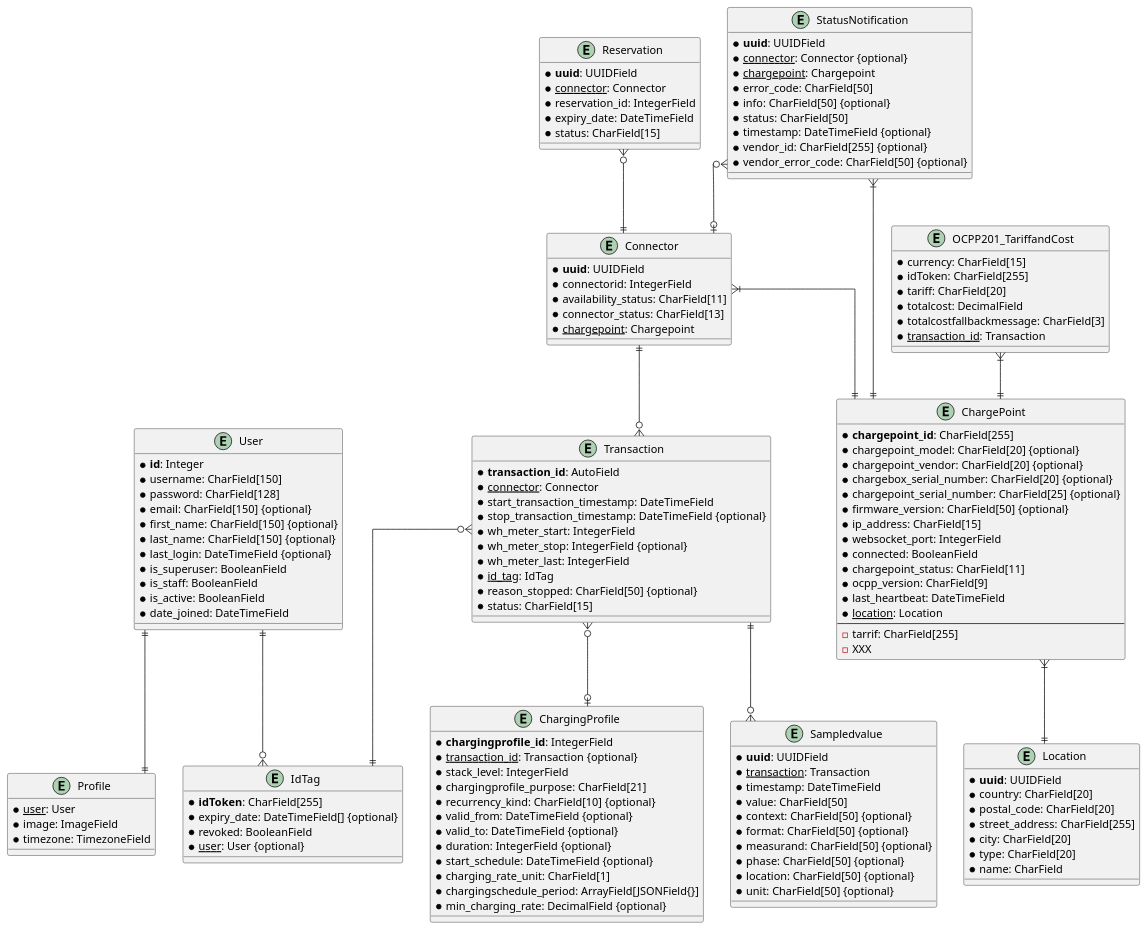
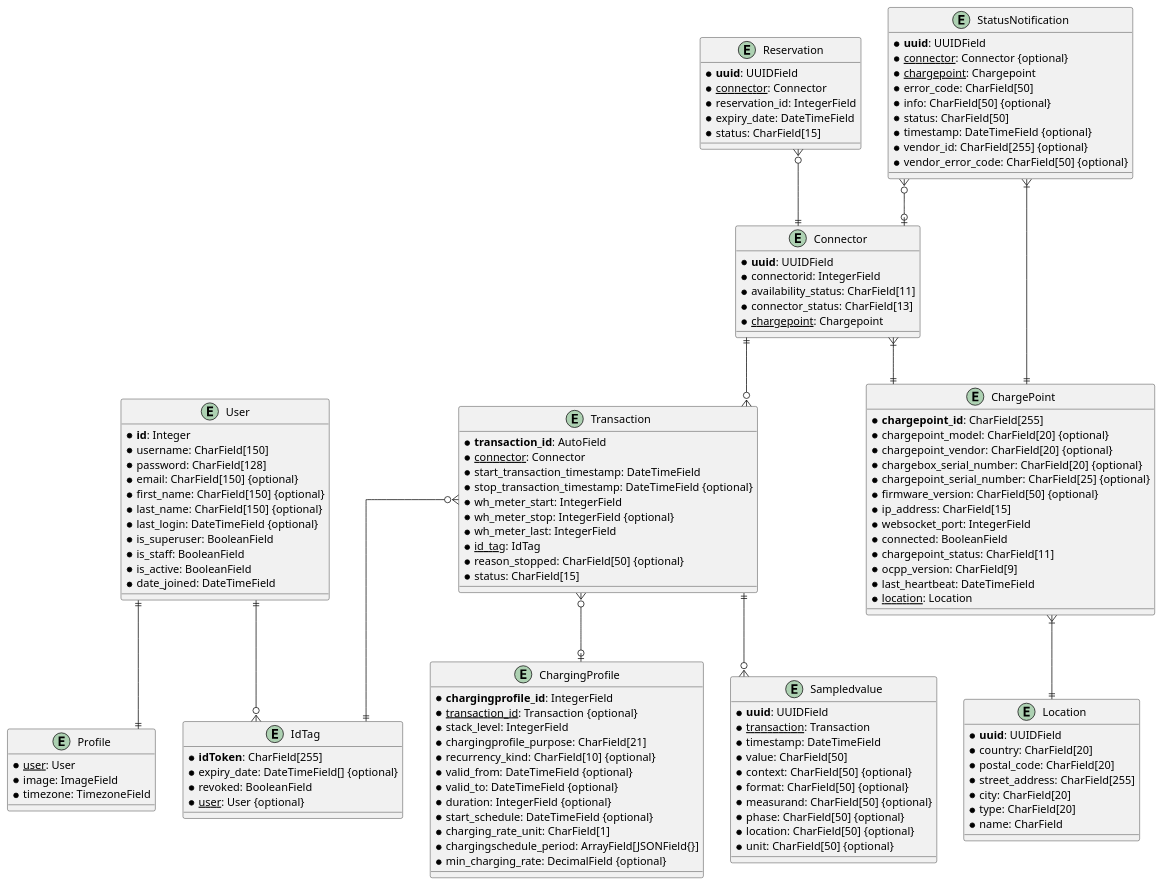
Before and after one commit to EV4EU/ov2xmp: the diagram in docs/er.md, drawn with PlantUML. The commit also changed 6 other files, not shown here.

```diff
--- a/docs/er.md
+++ b/docs/er.md
@@ -22,9 +22,9 @@
     * ocpp_version: CharField[9]
     * last_heartbeat: DateTimeField
     * <u>location</u>: Location
-    ---
+/'    ---
     - tarrif: CharField[255]
-    - XXX 
+    - XXX'/ 
 }
 
 entity "ChargingProfile" as chargingprofile {
@@ -133,6 +133,7 @@
     * unit: CharField[50] {optional}
 }
 
+/'
 entity "OCPP201_TariffandCost" as ocpp201_TarrifandCost {
     * currency: CharField[15]
     * idToken: CharField[255]
@@ -141,6 +142,7 @@
     * totalcostfallbackmessage: CharField[3]
     * <u>transaction_id</u>: Transaction
 }
+'/
 
 chargepoint }|--|| location
 connector }|--|| chargepoint
@@ -158,7 +160,7 @@
 reservation }o--|| connector
 
 
-ocpp201_TarrifandCost }|--|| chargepoint
+'/ocpp201_TarrifandCost }|--|| chargepoint'/
 
 
 @enduml
```
